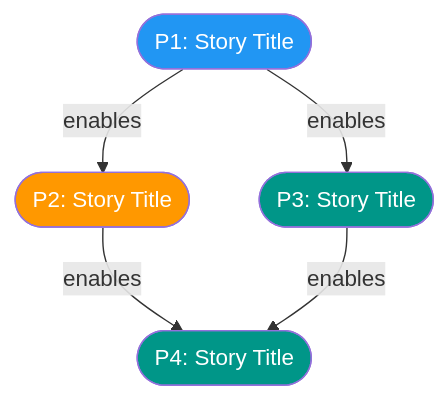
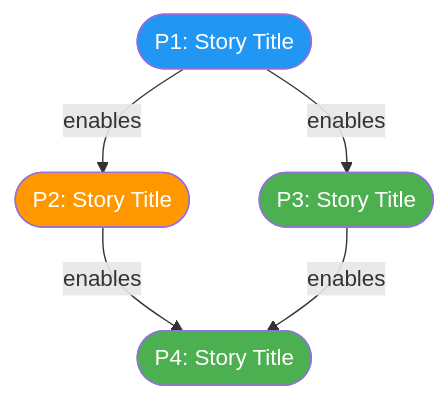
The first of 4 diagrams in skills/diagrams/spec-diagrams.template.md (aklikic/akka-ext-plugin), drawn with Mermaid before and after one commit. The commit also changed other lines of this file and 3 other files, not shown here.

First line of the commit message:
separate spec and plan diagrams into independent artifacts with consistent coloring

````diff
--- a/skills/diagrams/spec-diagrams.template.md
+++ b/skills/diagrams/spec-diagrams.template.md
@@ -35,19 +43,19 @@
 ```mermaid
 flowchart TD
     %% Replace with real user stories from spec.md
 
     S1([P1: Story Title])
     S2([P2: Story Title])
     S3([P3: Story Title])
     S4([P4: Story Title])
 
     S1 -->|"enables"| S2
     S1 -->|"enables"| S3
     S2 -->|"enables"| S4
     S3 -->|"enables"| S4
 
     style S1 fill:#2196F3,color:#fff
     style S2 fill:#FF9800,color:#fff
-    style S3 fill:#009688,color:#fff
-    style S4 fill:#009688,color:#fff
+    style S3 fill:#4CAF50,color:#fff
+    style S4 fill:#4CAF50,color:#fff
 ```
````
